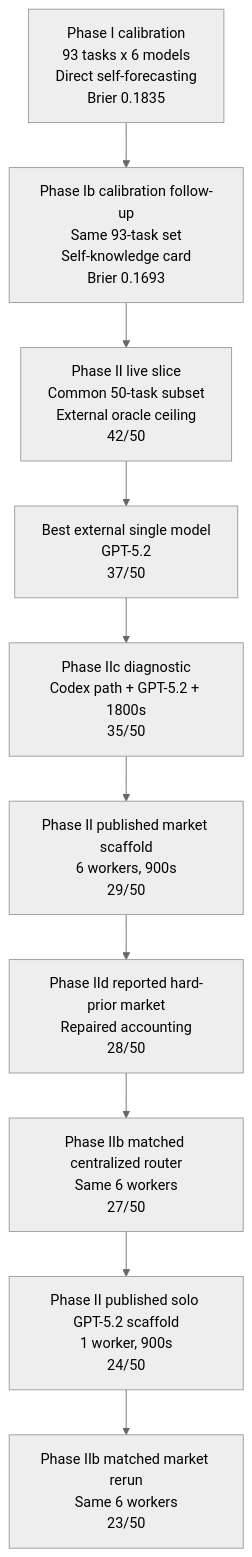
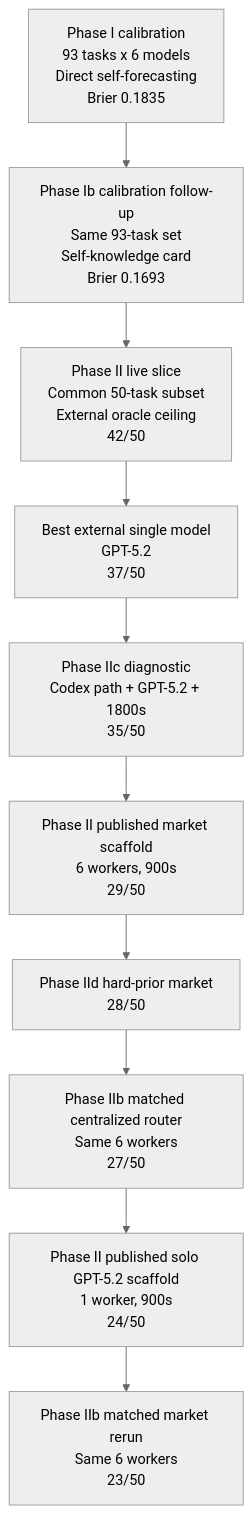
Before and after one commit to strangeloopcanon/multi-agent-scaling: the first of 2 diagrams in README.md, drawn with Mermaid (neutral theme). The commit also changed other lines of this file and 3 other files, not shown here.

Commit message:
docs: clarify phase iid final reporting

````diff
--- a/README.md
+++ b/README.md
@@ -179,12 +179,12 @@
 ```mermaid
 flowchart TD
     A["Phase I calibration\n93 tasks x 6 models\nDirect self-forecasting\nBrier 0.1835"] --> B["Phase Ib calibration follow-up\nSame 93-task set\nSelf-knowledge card\nBrier 0.1693"]
     B --> C["Phase II live slice\nCommon 50-task subset\nExternal oracle ceiling\n42/50"]
     C --> D["Best external single model\nGPT-5.2\n37/50"]
     D --> E["Phase IIc diagnostic\nCodex path + GPT-5.2 + 1800s\n35/50"]
     E --> F["Phase II published market scaffold\n6 workers, 900s\n29/50"]
-    F --> G["Phase IId reported hard-prior market\nRepaired accounting\n28/50"]
+    F --> G["Phase IId hard-prior market\n28/50"]
     G --> H["Phase IIb matched centralized router\nSame 6 workers\n27/50"]
     H --> I["Phase II published solo GPT-5.2 scaffold\n1 worker, 900s\n24/50"]
     I --> J["Phase IIb matched market rerun\nSame 6 workers\n23/50"]
 ```
````
